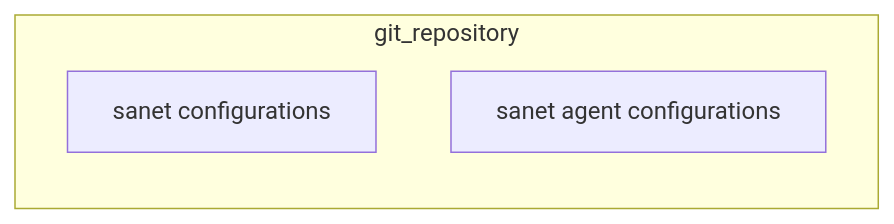
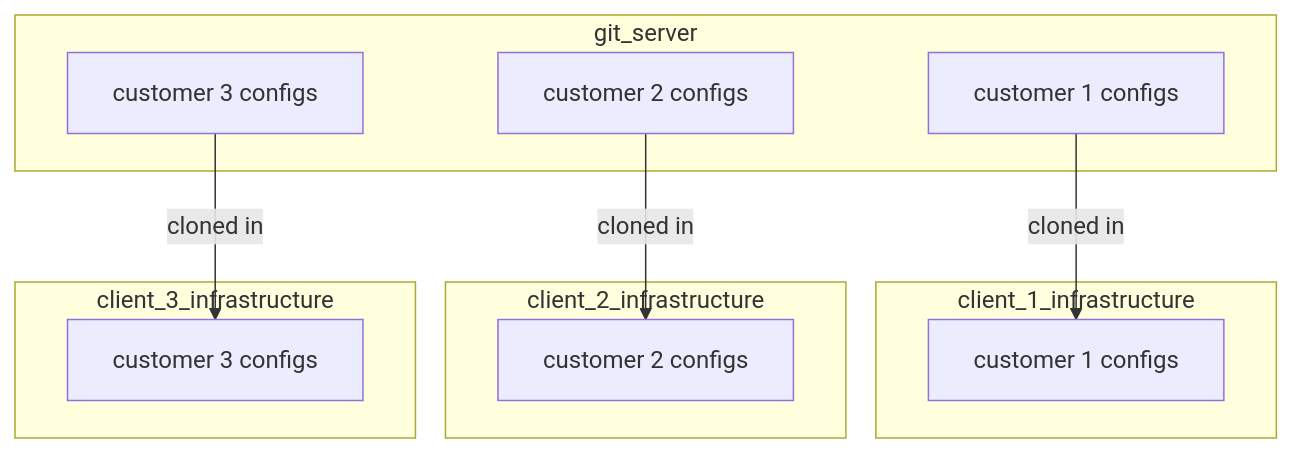
Before and after one commit to carnivuth/deployment_lifecycle_design_in_monitoring_applications: the diagram in graphs/customer_repository.mmd, drawn with Mermaid. The commit also changed other lines of this file and 6 other files, not shown here.

```diff
--- a/graphs/customer_repository.mmd
+++ b/graphs/customer_repository.mmd
@@ -1,5 +1,22 @@
-flowchart LR
-subgraph git_repository
-A@{shape: rect, label: "sanet configurations" }
-B@{shape: rect, label: "sanet agent configurations" }
+---
+config:
+  layout: "classic"
+---
+flowchart TD
+subgraph git_server
+A@{shape: rect, label: "customer 1 configs" }
+B@{shape: rect, label: "customer 2 configs" }
+C@{shape: rect, label: "customer 3 configs" }
 end
+subgraph client_1_infrastructure
+D@{shape: rect, label: "customer 1 configs" }
+end
+subgraph client_2_infrastructure
+E@{shape: rect, label: "customer 2 configs" }
+end
+subgraph client_3_infrastructure
+F@{shape: rect, label: "customer 3 configs" }
+end
+A -- cloned in --> D
+B -- cloned in --> E
+C -- cloned in --> F
```
